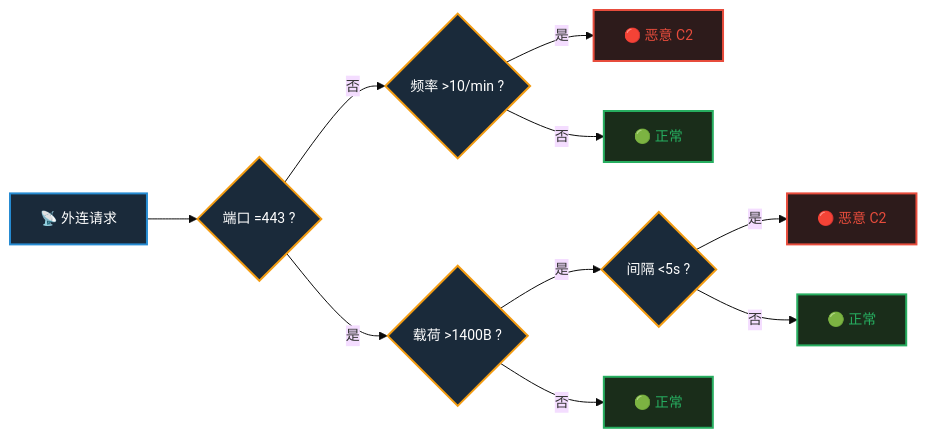
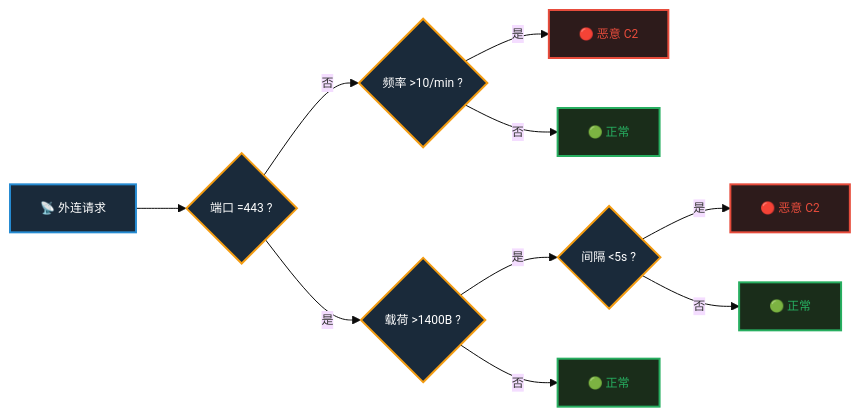
One commit to YangYibiao/yangyibiao.github.io changed the first of 3 diagrams in datamining/slides/02_tree.md. Above: the diagram before and after it, drawn with Mermaid. The commit also changed other lines of this file and 41 other files, not shown here.

````diff
--- a/datamining/slides/02_tree.md
+++ b/datamining/slides/02_tree.md
@@ -109,29 +109,29 @@
 ```mermaid
-%%{init: { 'theme': 'base', 'themeVariables': { 'fontSize': '14px' } } }%%
+%%{init: { 'theme': 'base', 'themeVariables': { 'fontSize': '12px' } } }%%
 flowchart LR
     A["📡 外连请求"]
     --> B{"端口 =443 ?"}
 
     B -->|否| C{"频率 >10/min ?"}
     B -->|是| D{"载荷 >1400B ?"}
 
     C -->|是| E["🔴 恶意 C2"]
     C -->|否| F["🟢 正常"]
 
     D -->|是| G{"间隔 <5s ?"}
     D -->|否| H["🟢 正常"]
 
     G -->|是| I["🔴 恶意 C2"]
     G -->|否| J["🟢 正常"]
 
     style A fill:#1a2a3a,stroke:#268bd2,stroke-width:2px,color:#fff
     style B fill:#1a2a3a,stroke:#f39c12,stroke-width:2px,color:#fff
     style C fill:#1a2a3a,stroke:#f39c12,stroke-width:2px,color:#fff
     style D fill:#1a2a3a,stroke:#f39c12,stroke-width:2px,color:#fff
     style G fill:#1a2a3a,stroke:#f39c12,stroke-width:2px,color:#fff
     style E fill:#2d1b1b,stroke:#e74c3c,stroke-width:2px,color:#e74c3c
     style I fill:#2d1b1b,stroke:#e74c3c,stroke-width:2px,color:#e74c3c
     style F fill:#1a2d1a,stroke:#27ae60,stroke-width:2px,color:#27ae60
     style H fill:#1a2d1a,stroke:#27ae60,stroke-width:2px,color:#27ae60
     style J fill:#1a2d1a,stroke:#27ae60,stroke-width:2px,color:#27ae60
 ```
````
